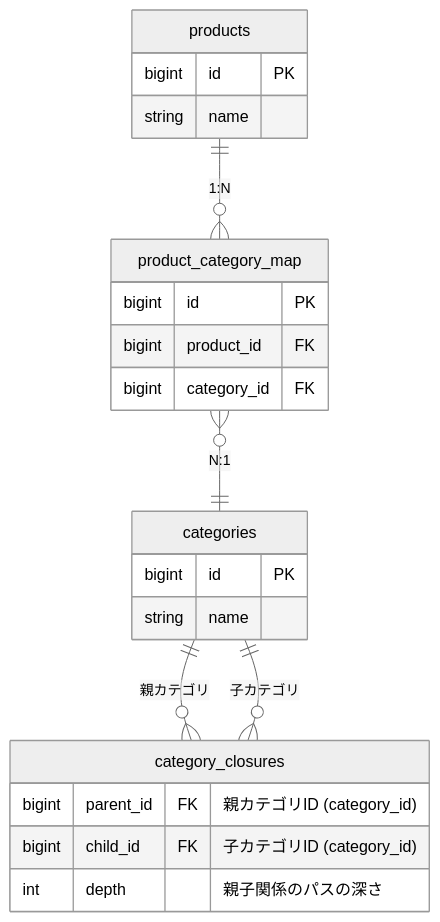
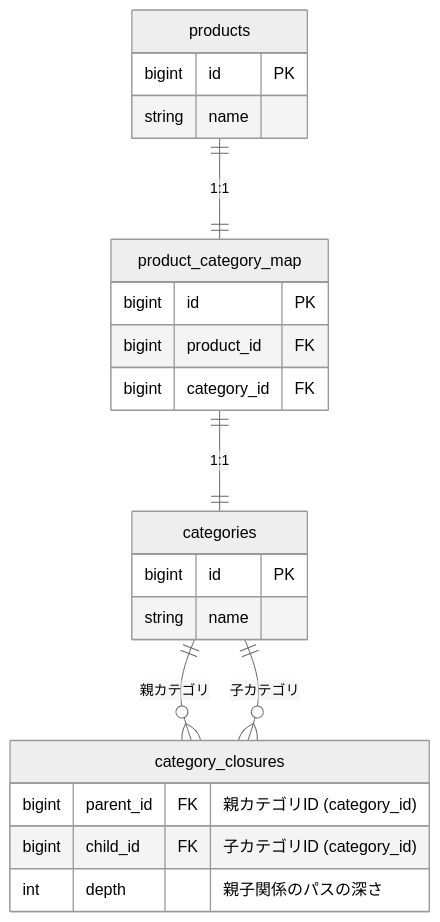
One commit to kuroweb/price-monitoring changed the second of 11 diagrams in README.md. Above: the diagram before and after it, drawn with Mermaid (neutral theme).

````diff
--- a/README.md
+++ b/README.md
@@ -68,26 +68,26 @@
 ```mermaid
 erDiagram
   products {
     bigint id PK
     string name
   }
   product_category_map {
     bigint id PK
     bigint product_id FK
     bigint category_id FK
   }
   categories {
     bigint id PK
     string name
   }
   category_closures {
     bigint parent_id FK "親カテゴリID (category_id)"
     bigint child_id FK "子カテゴリID (category_id)"
     int depth "親子関係のパスの深さ"
   }
 
-  products ||--o{ product_category_map : "1:N"
-  product_category_map }o--|| categories : "N:1"
+  products ||--|| product_category_map : "1:1"
+  product_category_map ||--|| categories : "1:1"
   categories ||--o{ category_closures : "親カテゴリ"
   categories ||--o{ category_closures : "子カテゴリ"
 ```
````
